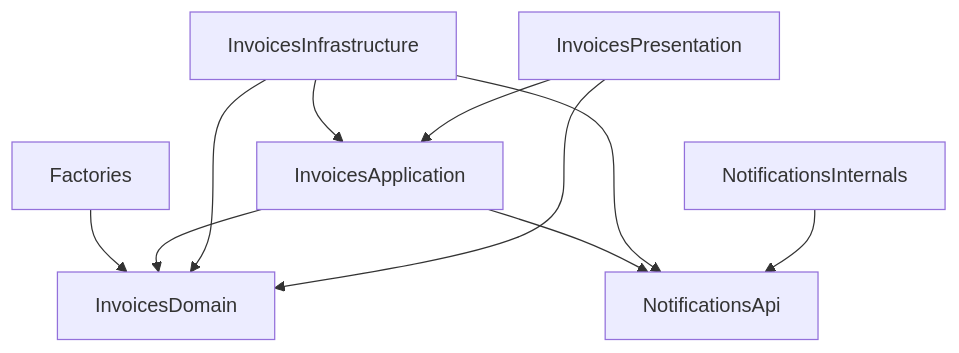
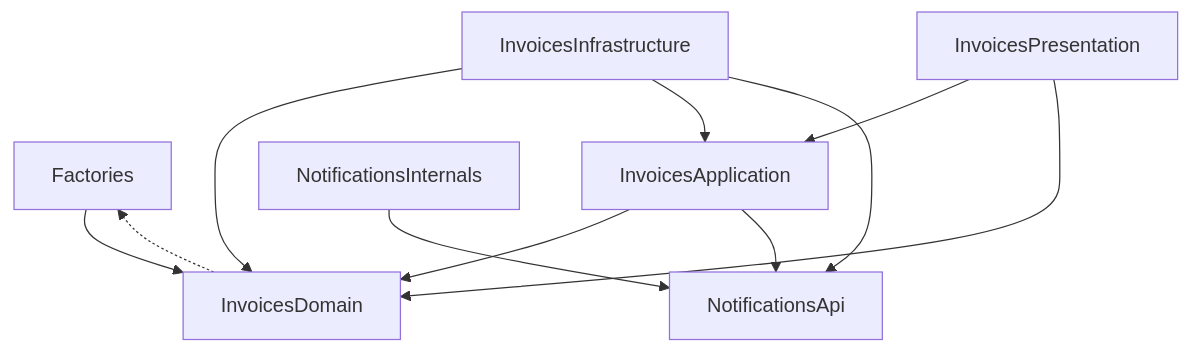
Before and after one commit to xc26gsnck4-creator/interview_3: the diagram in SOLUTION.md, drawn with Mermaid. The commit also changed other lines of this file, not shown here.

First line of the commit message:
fix(inv-10): show the domain's PHPDoc-only factory dependency and the SQLite-only scope

````diff
--- a/SOLUTION.md
+++ b/SOLUTION.md
@@ -32,12 +34,13 @@
 ```mermaid
 flowchart TD;
     Factories --> InvoicesDomain;
+    InvoicesDomain -.-> Factories;
     InvoicesApplication --> InvoicesDomain;
     InvoicesApplication --> NotificationsApi;
     InvoicesInfrastructure --> InvoicesDomain;
     InvoicesInfrastructure --> InvoicesApplication;
     InvoicesInfrastructure --> NotificationsApi;
     InvoicesPresentation --> InvoicesApplication;
     InvoicesPresentation --> InvoicesDomain;
     NotificationsInternals --> NotificationsApi;
 ```
````
